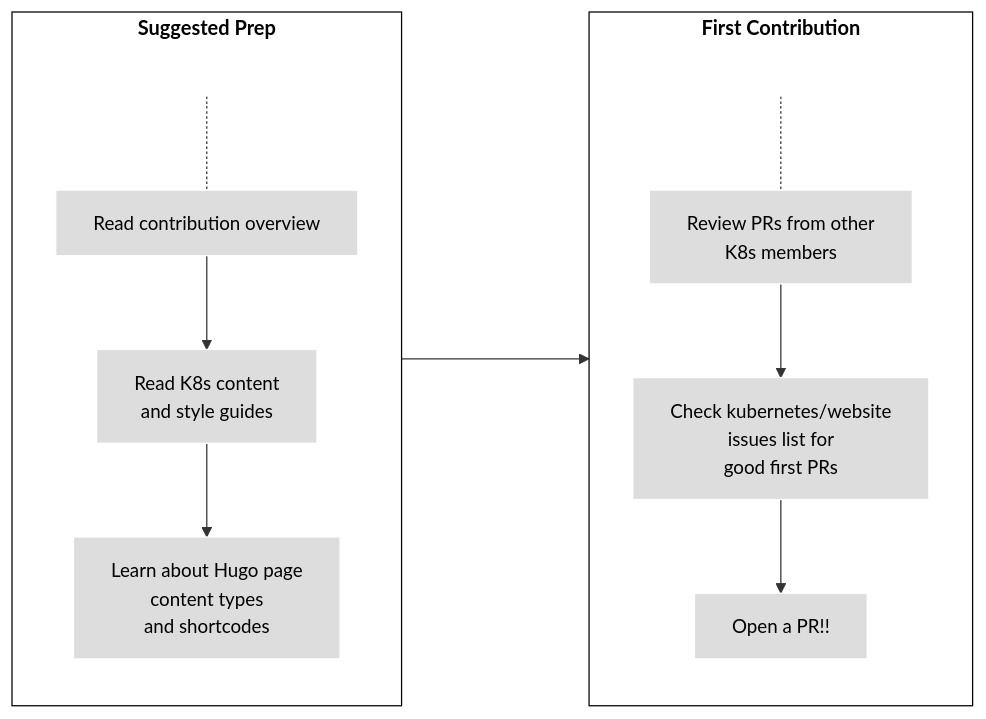
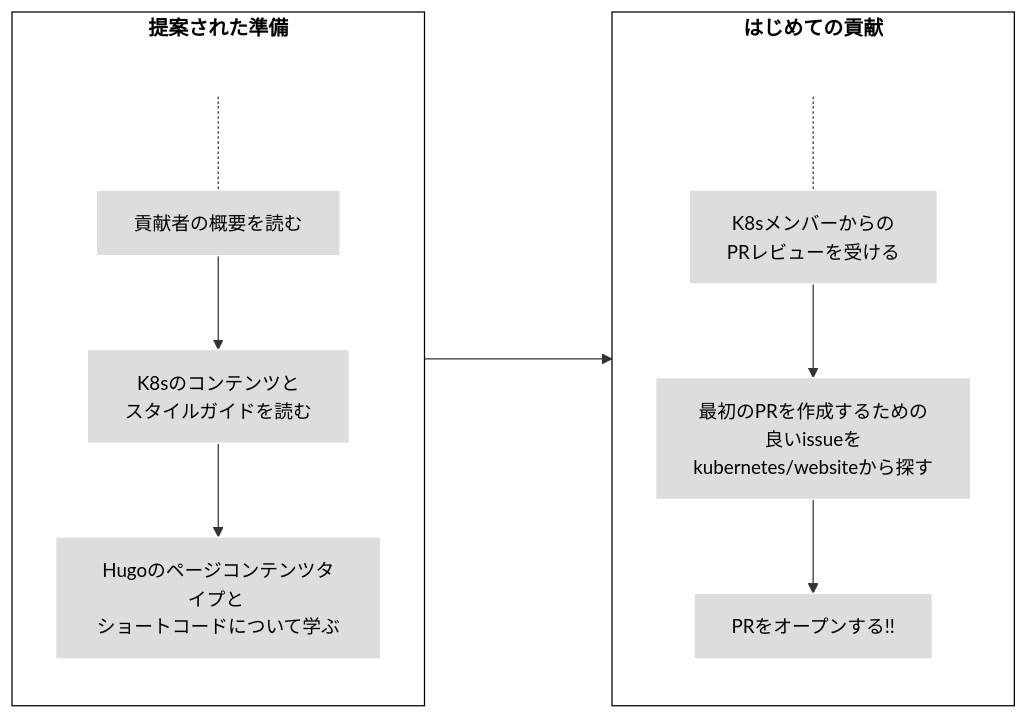
Before and after one commit to kubernetes/website: the second of 2 diagrams in content/ja/docs/contribute/_index.md, drawn with Mermaid. The commit also changed other lines of this file, not shown here.

Commit message:
translate en to ja (in mermaid)

```diff
--- a/content/ja/docs/contribute/_index.md
+++ b/content/ja/docs/contribute/_index.md
@@ -107,26 +107,26 @@
 {{< mermaid >}}
 flowchart LR
-    subgraph second[First Contribution]
+    subgraph second[はじめての貢献]
     direction TB
     S[ ] -.-
-    G[Review PRs from other<br>K8s members] -->
-    A[Check kubernetes/website<br>issues list for<br>good first PRs] --> B[Open a PR!!]
+    G[K8sメンバーからの <br>PRレビューを受ける] -->
+    A[最初のPRを作成するための <br>良いissueを <br>kubernetes/websiteから探す] --> B[PRをオープンする!!]
     end
-    subgraph first[Suggested Prep]
+    subgraph first[提案された準備]
     direction TB
        T[ ] -.-
-       D[Read contribution overview] -->E[Read K8s content<br>and style guides]
-       E --> F[Learn about Hugo page<br>content types<br>and shortcodes]
+       D[貢献者の概要を読む] -->E[K8sのコンテンツと<br> スタイルガイドを読む]
+       E --> F[Hugoのページコンテンツタイプと <br>ショートコードについて学ぶ]
     end
 
 
     first ----> second
 
 
 classDef grey fill:#dddddd,stroke:#ffffff,stroke-width:px,color:#000000, font-size:15px;
 classDef white fill:#ffffff,stroke:#000,stroke-width:px,color:#000,font-weight:bold
 classDef spacewhite fill:#ffffff,stroke:#fff,stroke-width:0px,color:#000
 class A,B,D,E,F,G grey
 class S,T spacewhite
 class first,second white
 {{</ mermaid >}}
```
